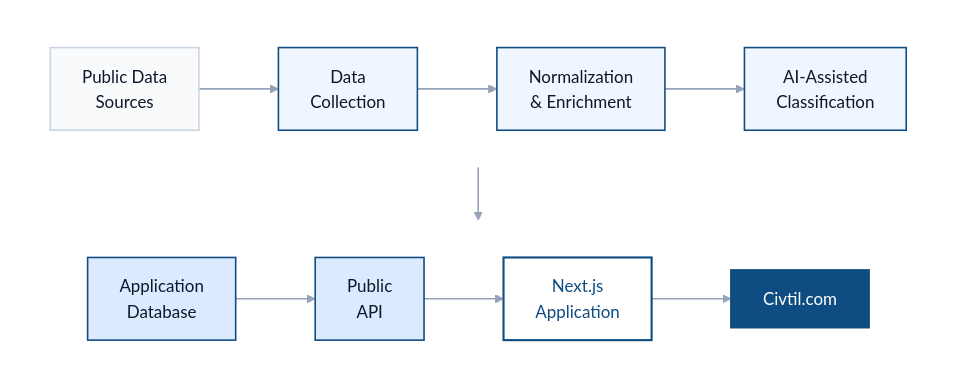
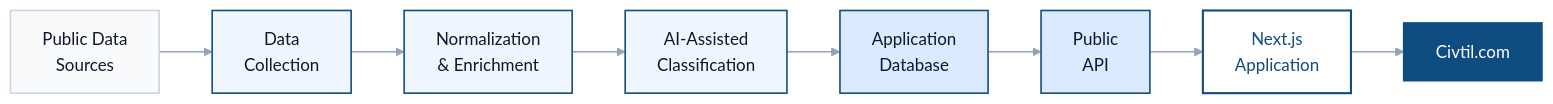
Before and after one commit to dworrels/civtil-case-study: the diagram in README.md, drawn with Mermaid.

Commit message:
Simplify flowchart by removing subgraphs
Removed redundant subgraphs from the flowchart in README.

````diff
--- a/README.md
+++ b/README.md
@@ -63,36 +63,21 @@
 ```mermaid
-flowchart TB
+flowchart LR
+    A["Public Data<br/>Sources"]:::external
+    B["Data<br/>Collection"]:::processing
+    C["Normalization<br/>& Enrichment"]:::processing
+    D["AI-Assisted<br/>Classification"]:::processing
+    E["Application<br/>Database"]:::platform
+    F["Public<br/>API"]:::platform
+    G["Next.js<br/>Application"]:::application
+    H["Civtil.com"]:::brand
 
-    subgraph ROW1[" "]
-        direction LR
-        A["Public Data<br/>Sources"]:::external
-        B["Data<br/>Collection"]:::processing
-        C["Normalization<br/>& Enrichment"]:::processing
-        D["AI-Assisted<br/>Classification"]:::processing
-
-        A --> B --> C --> D
-    end
-
-    subgraph ROW2[" "]
-        direction LR
-        E["Application<br/>Database"]:::platform
-        F["Public<br/>API"]:::platform
-        G["Next.js<br/>Application"]:::application
-        H["Civtil.com"]:::brand
-
-        E --> F --> G --> H
-    end
-
-    D --> E
+    A --> B --> C --> D --> E --> F --> G --> H
 
     classDef external fill:#F8FAFC,stroke:#CBD5E1,color:#0F172A,stroke-width:1.5px;
     classDef processing fill:#EFF6FF,stroke:#0F4C81,color:#0F172A,stroke-width:1.5px;
     classDef platform fill:#DBEAFE,stroke:#0F4C81,color:#0F172A,stroke-width:1.5px;
     classDef application fill:#FFFFFF,stroke:#0F4C81,color:#0F4C81,stroke-width:2px;
     classDef brand fill:#0F4C81,stroke:#0F4C81,color:#FFFFFF,stroke-width:2px;
 
-    style ROW1 fill:none,stroke:none
-    style ROW2 fill:none,stroke:none
-
     linkStyle default stroke:#94A3B8,stroke-width:1.5px;
 ```
````
